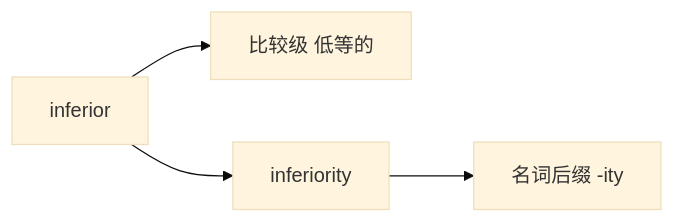
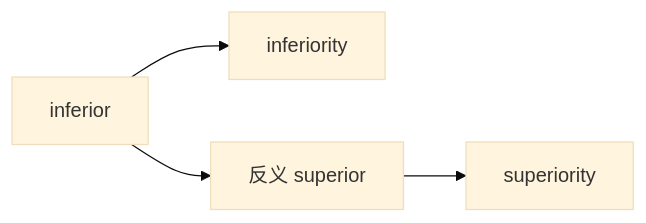
One commit to seki999/DialogueFlow changed the fourth of 5 diagrams in slides_backup/托业单词/20260630/02.md. Above: the diagram before and after it, drawn with Mermaid (base theme). The commit also changed other lines of this file and 28 other files, not shown here.

````diff
--- a/slides_backup/托业单词/20260630/02.md
+++ b/slides_backup/托业单词/20260630/02.md
@@ -124,6 +168,6 @@
 ```mermaid
 flowchart LR
-    A[inferior] --> B[比较级 低等的]
-    A --> C[inferiority]
-    C --> D[名词后缀 -ity]
+    A[inferior] --> B[inferiority]
+    A --> C[反义 superior]
+    C --> D[superiority]
 ```
````
